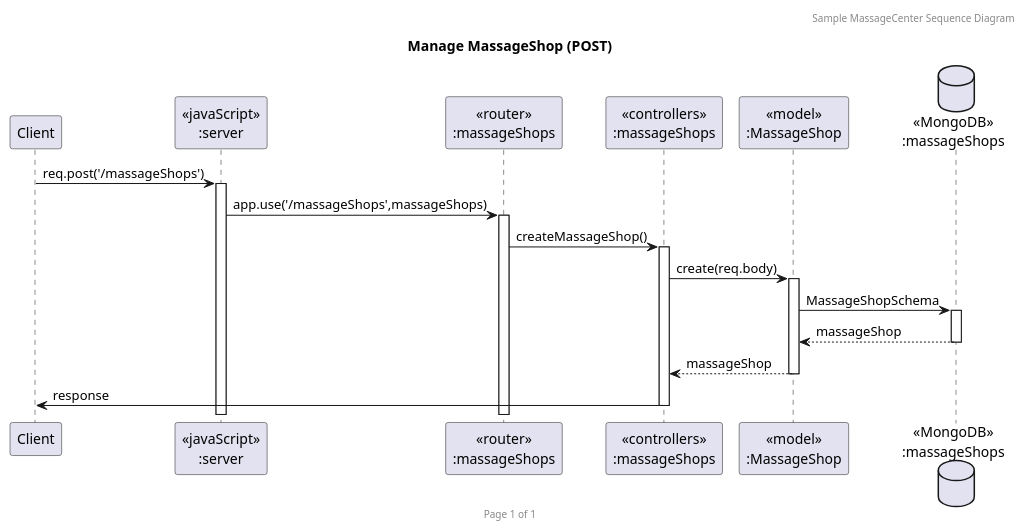
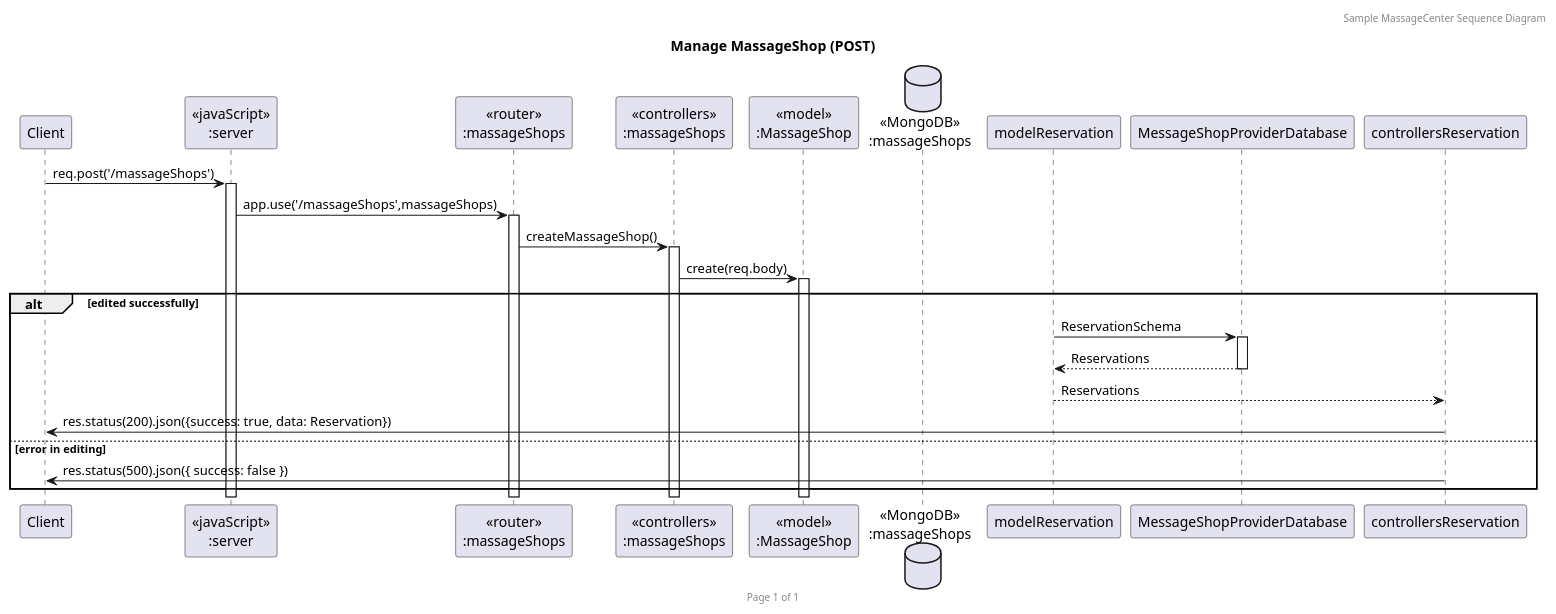
One commit to 2110503TACEDT66/presentation-day-1-dale-mai-mi-chip changed the diagram in sequence_diagram/post.puml. Above: the diagram before and after it, drawn with PlantUML. The commit also changed 1 other file, not shown here.

```diff
--- a/sequence_diagram/post.puml
+++ b/sequence_diagram/post.puml
@@ -1,23 +1,29 @@
 @startuml Manage MassageShop (POST)
 
 header Sample MassageCenter Sequence Diagram
 footer Page %page% of %lastpage%
 title "Manage MassageShop (POST)"
 
 participant "Client" as client
 participant "<<javaScript>>\n:server" as server
 participant "<<router>>\n:massageShops" as routerMassageShops
 participant "<<controllers>>\n:massageShops" as controllersMassageShops
 participant "<<model>>\n:MassageShop" as modelMassageShop
 database "<<MongoDB>>\n:massageShops" as MassageShopsDatabase
 
 client->server ++:req.post('/massageShops')
 server->routerMassageShops ++:app.use('/massageShops',massageShops)
 routerMassageShops -> controllersMassageShops ++:createMassageShop()
 controllersMassageShops->modelMassageShop ++:create(req.body)
-modelMassageShop ->MassageShopsDatabase ++: MassageShopSchema
-MassageShopsDatabase --> modelMassageShop --: massageShop
-controllersMassageShops <-- modelMassageShop --:massageShop
-controllersMassageShops->client --:response
+
+alt edited successfully
+ modelReservation ->MessageShopProviderDatabase ++: ReservationSchema
+  MessageShopProviderDatabase --> modelReservation --: Reservations
+  controllersReservation <-- modelReservation --: Reservations
+  controllersReservation->client --: res.status(200).json({success: true, data: Reservation})
+else error in editing
+  controllersReservation->client --: res.status(500).json({ success: false })
+end
+
 
 @enduml
```
